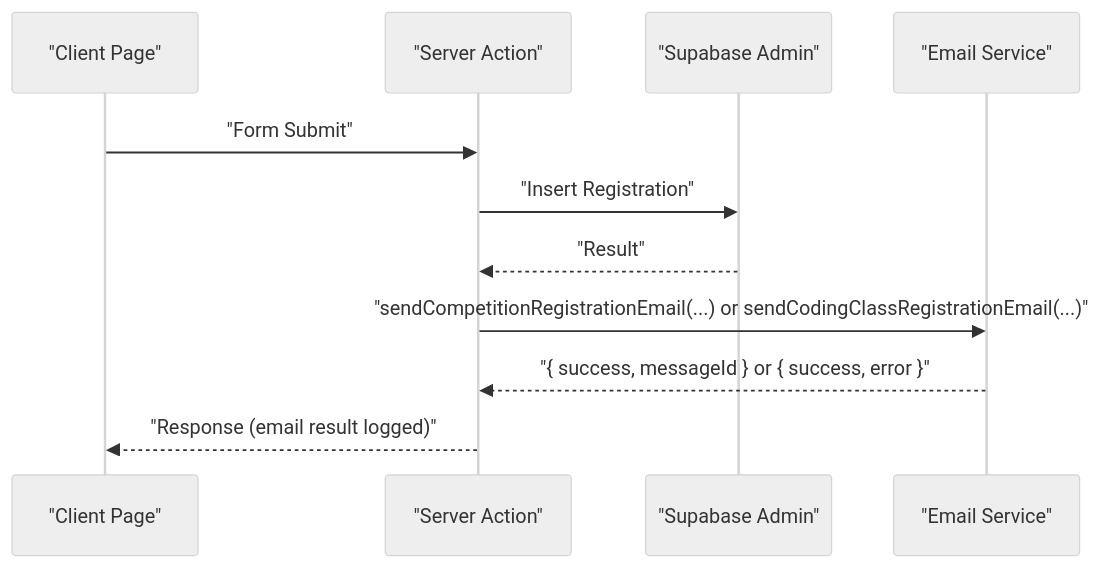
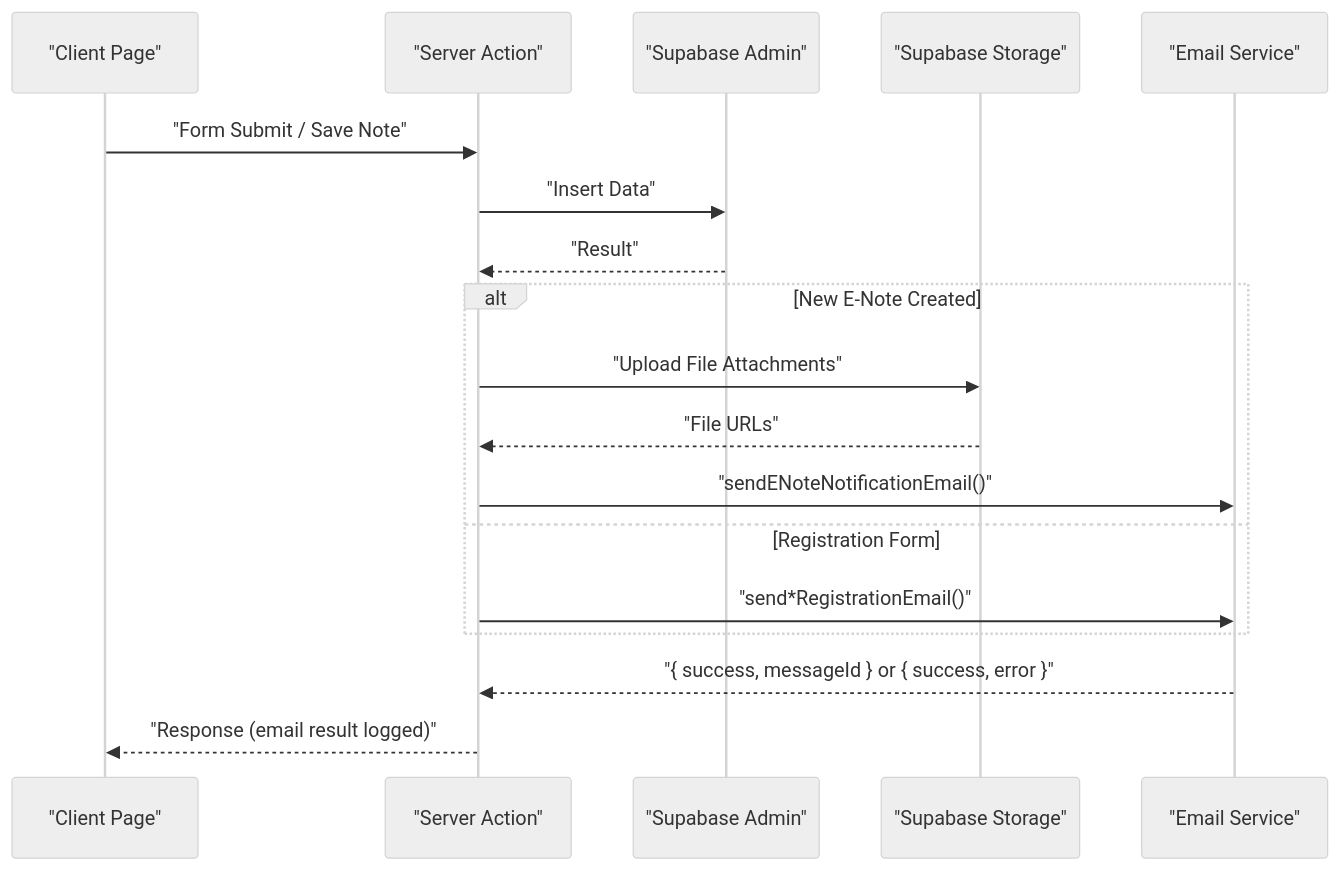
One commit to Black-box01/rhemaexpertsolutions changed the second of 9 diagrams in .qoder/repowiki/en/content/Service Layer/Email Service.md. Above: the diagram before and after it, drawn with Mermaid (neutral theme). The commit also changed other lines of this file and 31 other files, not shown here.

````diff
--- a/.qoder/repowiki/en/content/Service Layer/Email Service.md
+++ b/.qoder/repowiki/en/content/Service Layer/Email Service.md
@@ -108,13 +146,20 @@
 ```mermaid
 sequenceDiagram
 participant Client as "Client Page"
 participant Action as "Server Action"
 participant DB as "Supabase Admin"
+participant Storage as "Supabase Storage"
 participant Email as "Email Service"
-Client->>Action : "Form Submit"
-Action->>DB : "Insert Registration"
+Client->>Action : "Form Submit / Save Note"
+Action->>DB : "Insert Data"
 DB-->>Action : "Result"
-Action->>Email : "sendCompetitionRegistrationEmail(...) or sendCodingClassRegistrationEmail(...)"
+alt New E-Note Created
+Action->>Storage : "Upload File Attachments"
+Storage-->>Action : "File URLs"
+Action->>Email : "sendENoteNotificationEmail()"
+else Registration Form
+Action->>Email : "send*RegistrationEmail()"
+end
 Email-->>Action : "{ success, messageId } or { success, error }"
 Action-->>Client : "Response (email result logged)"
 ```
````
